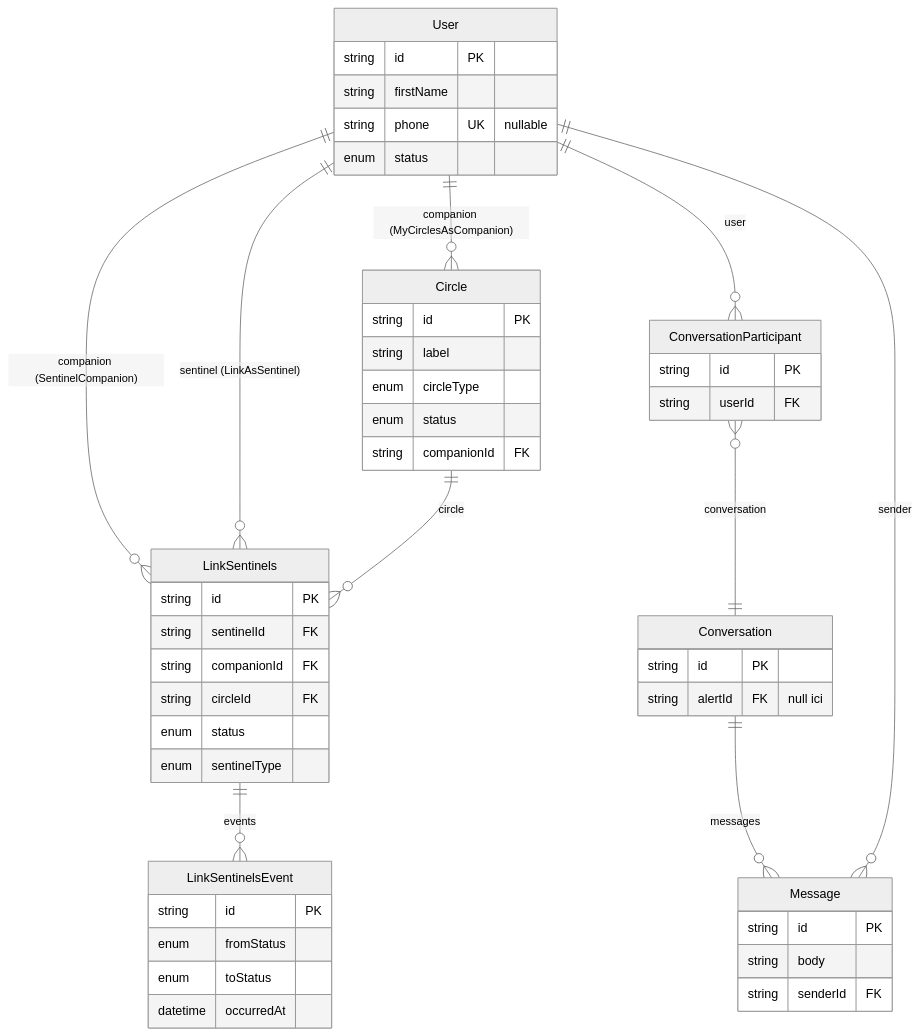
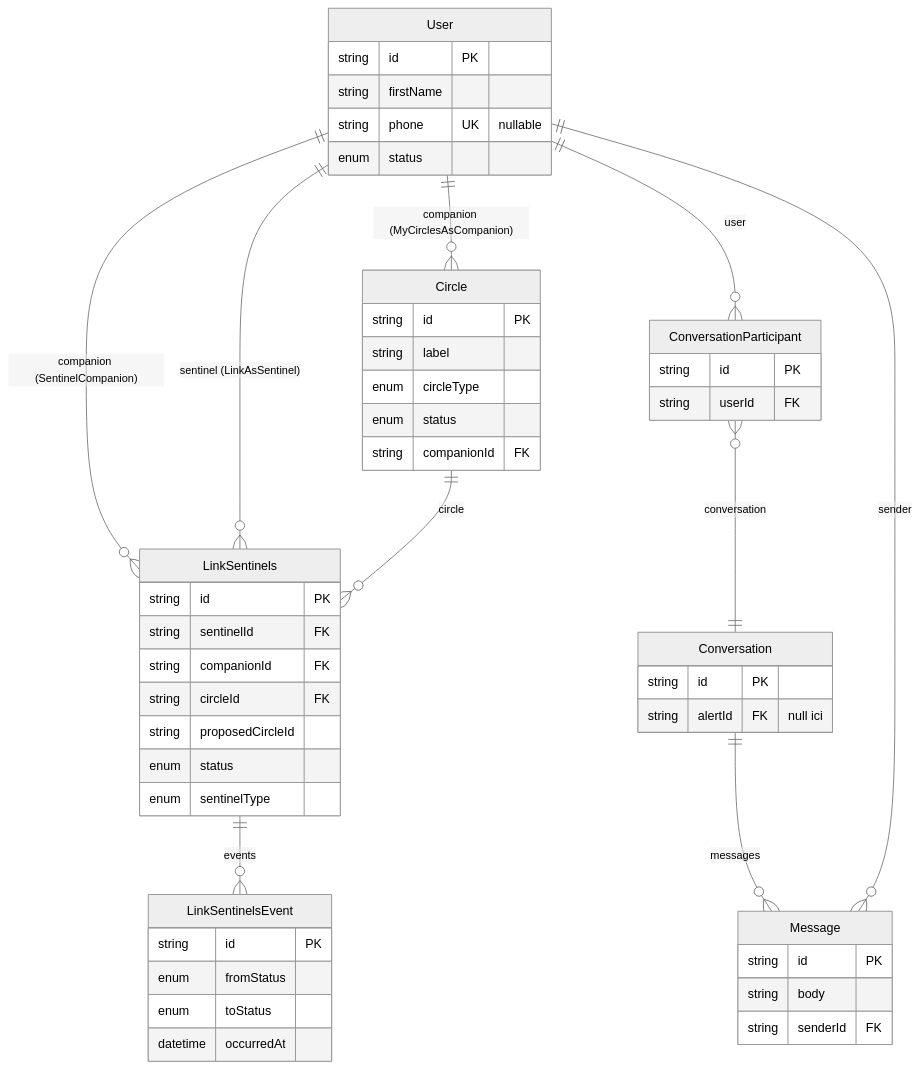
One commit to Sylvfo/MySentinelCircle changed the fourth of 5 diagrams in backend/prisma/DB_schema.md. Above: the diagram before and after it, drawn with Mermaid (neutral theme). The commit also changed other lines of this file and 8 other files, not shown here.

````diff
--- a/backend/prisma/DB_schema.md
+++ b/backend/prisma/DB_schema.md
@@ -233,53 +237,54 @@
 ```mermaid
 erDiagram
   User          ||--o{ Circle              : "companion (MyCirclesAsCompanion)"
   User          ||--o{ LinkSentinels       : "companion (SentinelCompanion)"
   User          ||--o{ LinkSentinels       : "sentinel (LinkAsSentinel)"
   Circle        ||--o{ LinkSentinels       : "circle"
   LinkSentinels ||--o{ LinkSentinelsEvent  : "events"
   User          ||--o{ ConversationParticipant : "user"
   ConversationParticipant }o--|| Conversation  : "conversation"
   Conversation  ||--o{ Message             : "messages"
   User          ||--o{ Message             : "sender"
 
   User {
     string id PK
     string firstName
     string phone UK "nullable"
     enum   status
   }
   Circle {
     string id PK
     string label
     enum   circleType
     enum   status
     string companionId FK
   }
   LinkSentinels {
     string id PK
     string sentinelId FK
     string companionId FK
     string circleId FK
+    string proposedCircleId
     enum   status
     enum   sentinelType
   }
   LinkSentinelsEvent {
     string id PK
     enum   fromStatus
     enum   toStatus
     datetime occurredAt
   }
   ConversationParticipant {
     string id PK
     string userId FK
   }
   Conversation {
     string id PK
     string alertId FK "null ici"
   }
   Message {
     string id PK
     string body
     string senderId FK
   }
 ```
````
